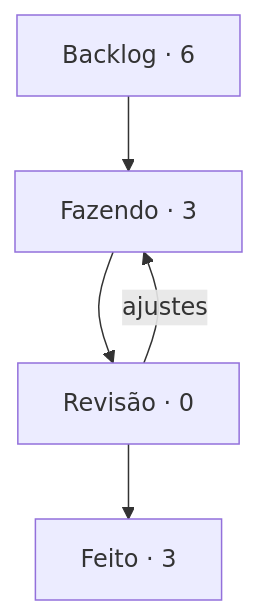
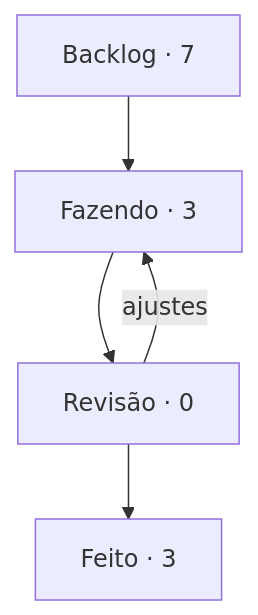
One commit to StudioVibi/VibiKanban changed the diagram in boards/harness/BOARD.md. Above: the diagram before and after it, drawn with Mermaid. The commit also changed other lines of this file and 2 other files, not shown here.

````diff
--- a/boards/harness/BOARD.md
+++ b/boards/harness/BOARD.md
@@ -5,10 +5,10 @@
 ```mermaid
 flowchart TD
-  backlog["Backlog · 6"] --> doing["Fazendo · 3"]
+  backlog["Backlog · 7"] --> doing["Fazendo · 3"]
   doing --> review["Revisão · 0"]
   review --> done["Feito · 3"]
   review -->|ajustes| doing
   doing:::blue
   review:::yellow
   done:::green
 ```
````
